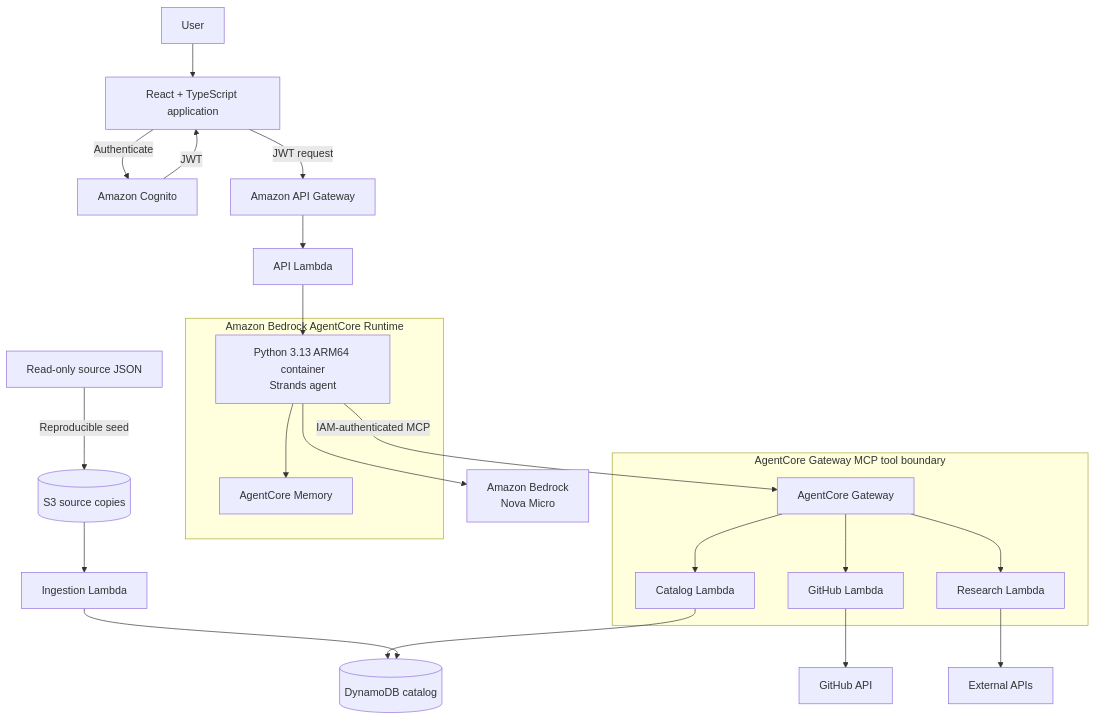
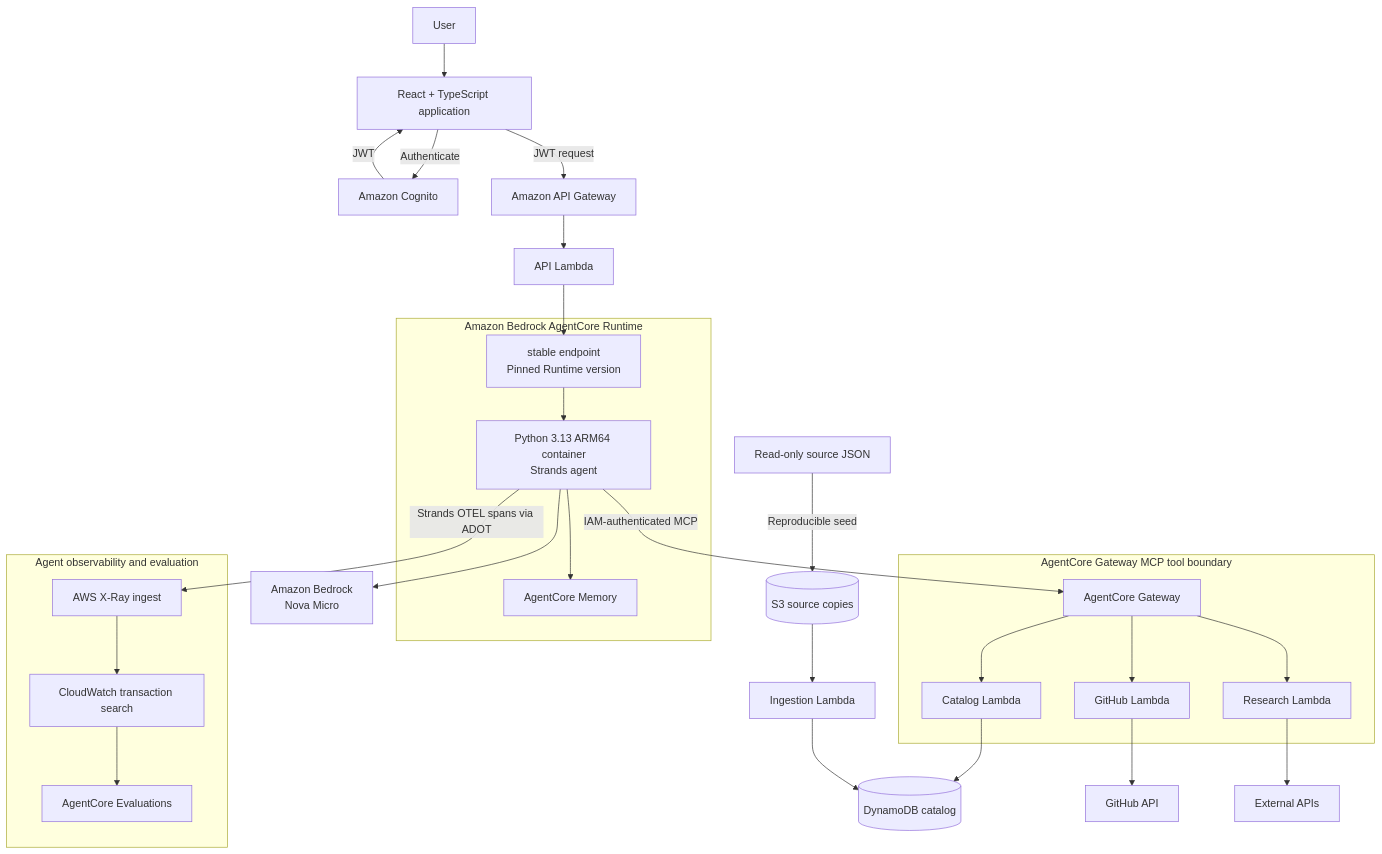
One commit to barrettotte/praxis changed the diagram in README.md. Above: the diagram before and after it, drawn with Mermaid. The commit also changed 31 other files, not shown here.

Commit message:
deploy and verify observable AgentCore runtime

````diff
--- a/README.md
+++ b/README.md
@@ -9,36 +9,47 @@
 ```mermaid
 flowchart TD
     user[User] --> ui[React + TypeScript application]
     ui -->|Authenticate| cognito[Amazon Cognito]
     cognito -->|JWT| ui
     ui -->|JWT request| apiGateway[Amazon API Gateway]
     apiGateway --> apiLambda[API Lambda]
 
     subgraph runtime[Amazon Bedrock AgentCore Runtime]
+        runtimeEndpoint[stable endpoint<br/>Pinned Runtime version]
         agent[Python 3.13 ARM64 container<br/>Strands agent]
         memory[AgentCore Memory]
+        runtimeEndpoint --> agent
         agent --> memory
     end
 
-    apiLambda --> agent
+    apiLambda --> runtimeEndpoint
     agent --> bedrock[Amazon Bedrock<br/>Nova Micro]
+
+    subgraph observability[Agent observability and evaluation]
+        xray[AWS X-Ray ingest]
+        cloudwatch[CloudWatch transaction search]
+        evaluations[AgentCore Evaluations]
+        xray --> cloudwatch --> evaluations
+    end
+
+    agent -->|Strands OTEL spans via ADOT| xray
 
     subgraph tools[AgentCore Gateway MCP tool boundary]
         gateway[AgentCore Gateway]
         catalogLambda[Catalog Lambda]
         githubLambda[GitHub Lambda]
         researchLambda[Research Lambda]
         gateway --> catalogLambda
         gateway --> githubLambda
         gateway --> researchLambda
     end
 
     agent -->|IAM-authenticated MCP| gateway
     catalogLambda --> catalog[(DynamoDB catalog)]
     githubLambda --> github[GitHub API]
     researchLambda --> external[External APIs]
 
     sources[Read-only source JSON] -->|Reproducible seed| sourceBucket[(S3 source copies)]
     sourceBucket --> ingestion[Ingestion Lambda]
     ingestion --> catalog
 ```
````
